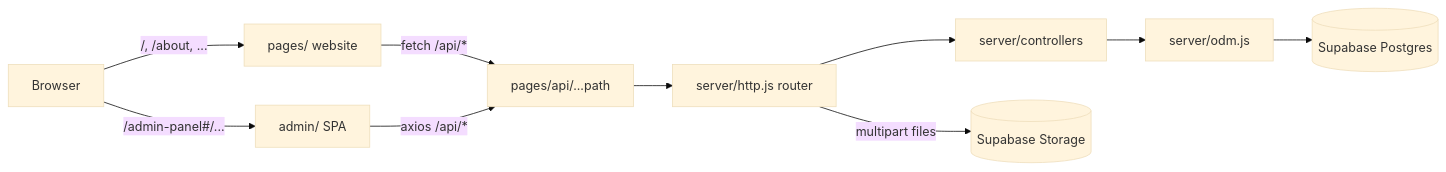
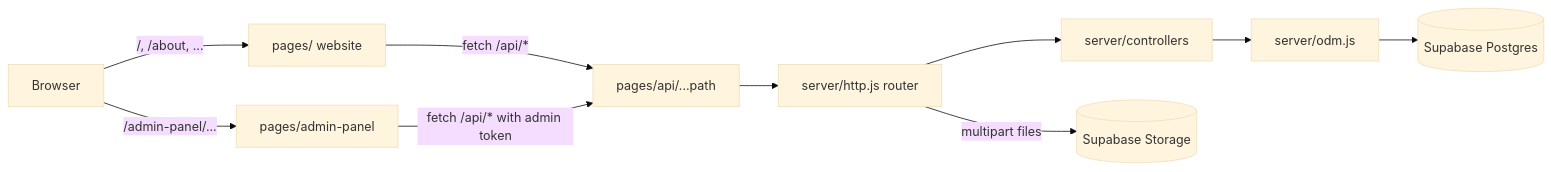
The diagram in README.md (jayeshrajani/Probiz-Finance), drawn with Mermaid (base theme) before and after one commit. The commit also changed other lines of this file and 135 other files, not shown here.

First line of the commit message:
Rebuild the admin panel and lock down customer data

````diff
--- a/README.md
+++ b/README.md
@@ -31,12 +31,12 @@
 ```mermaid
 flowchart LR
   B[Browser] -->|/, /about, ...| P[pages/ website]
-  B -->|/admin-panel#/...| A[admin/ SPA]
+  B -->|/admin-panel/...| A[pages/admin-panel]
   P -->|fetch /api/*| R[pages/api/...path]
-  A -->|axios /api/*| R
+  A -->|fetch /api/* with admin token| R
   R --> H[server/http.js router]
   H --> C[server/controllers]
   C --> O[server/odm.js]
   O --> DB[(Supabase Postgres)]
   H -->|multipart files| S[(Supabase Storage)]
 ```
````
